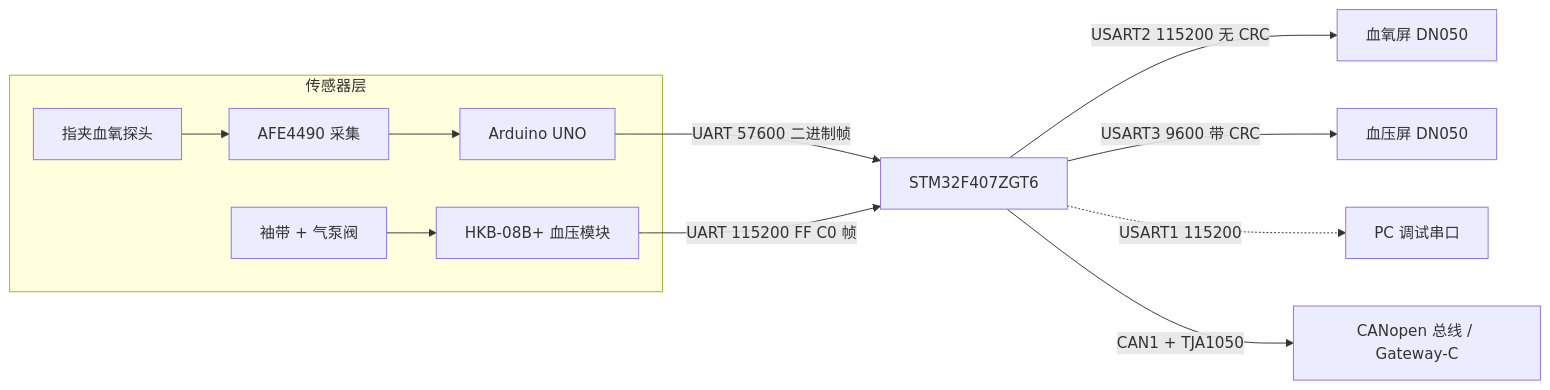
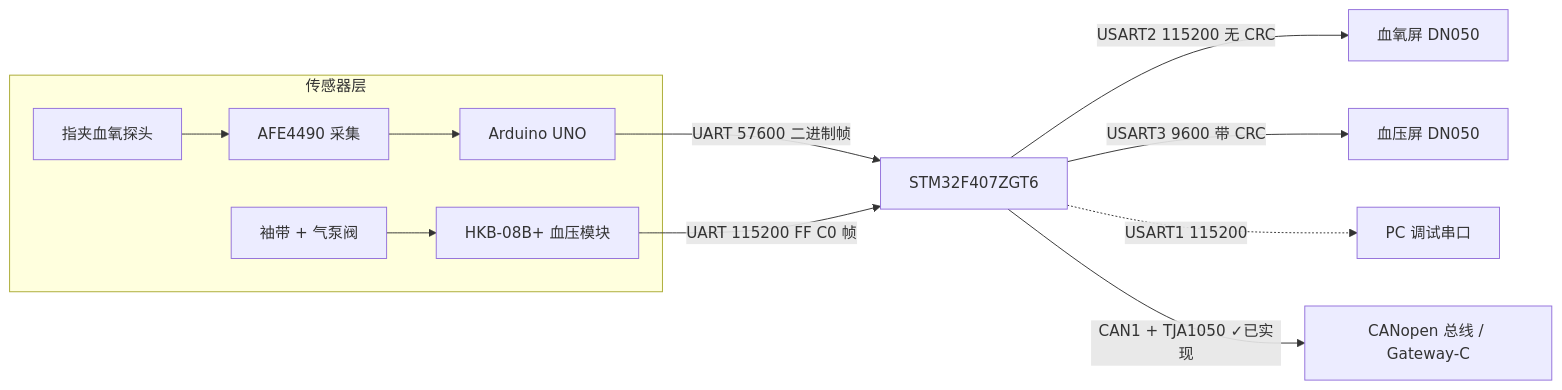
Before and after one commit to LZH-0402/Multi-parameter-electrocardiogram-monitor-system: the first of 4 diagrams in 代码资料/NodeA项目书.md, drawn with Mermaid. The commit also changed other lines of this file and 853 other files, not shown here.

````diff
--- a/代码资料/NodeA项目书.md
+++ b/代码资料/NodeA项目书.md
@@ -42,14 +34,14 @@
 ```mermaid
 flowchart LR
     subgraph SENSORS[传感器层]
         PROBE[指夹血氧探头] --> AFE[AFE4490 采集]
         AFE --> UNO[Arduino UNO]
         CUFF[袖带 + 气泵阀] --> HKB[HKB-08B+ 血压模块]
     end
     UNO -->|UART 57600 二进制帧| MCU[STM32F407ZGT6]
     HKB -->|UART 115200 FF C0 帧| MCU
     MCU -->|USART2 115200 无 CRC| SCR1[血氧屏 DN050]
     MCU -->|USART3 9600 带 CRC| SCR2[血压屏 DN050]
     MCU -.->|USART1 115200| PC[PC 调试串口]
-    MCU -->|CAN1 + TJA1050| CAN[CANopen 总线 / Gateway-C]
+    MCU -->|CAN1 + TJA1050 ✓已实现| CAN[CANopen 总线 / Gateway-C]
 ```
````
